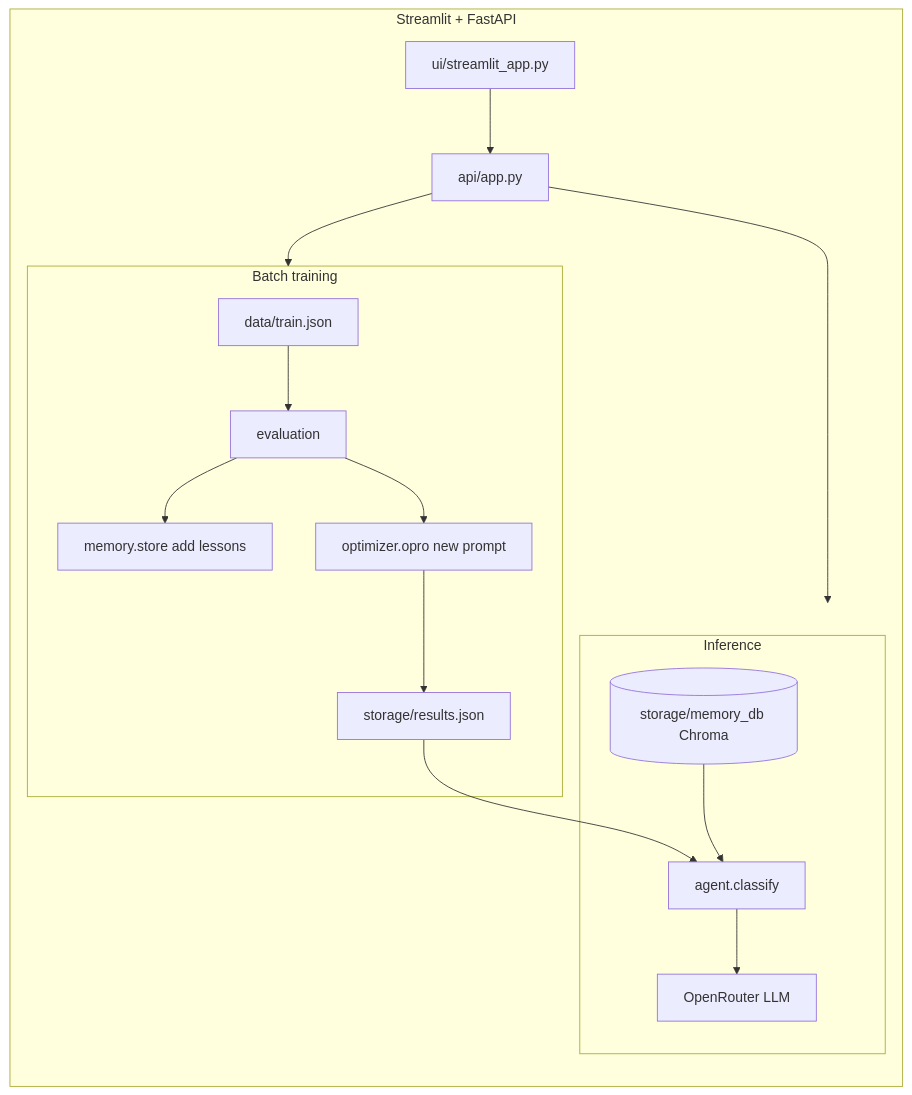
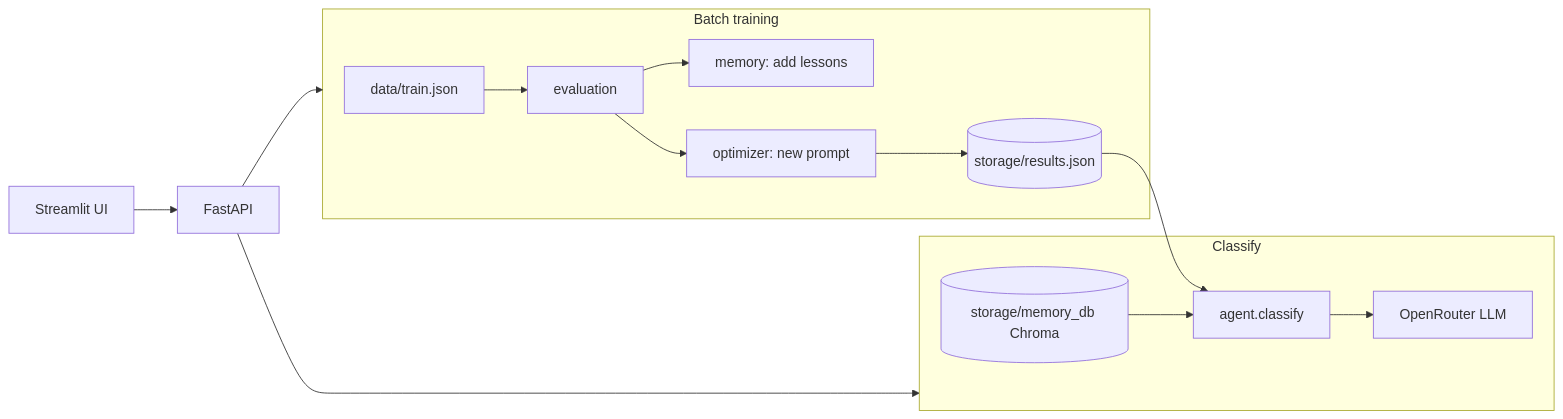
Before and after one commit to chathuri-gluonforce/self-improving-intent-agent: the diagram in README.md, drawn with Mermaid. The commit also changed other lines of this file, not shown here.

Commit message:
Restructure into src/intent_agent packages and rewrite README

````diff
--- a/README.md
+++ b/README.md
@@ -12,19 +28,17 @@
 ```mermaid
 flowchart LR
-  subgraph batch [Batch training]
-    T[data/train.json] --> E[evaluation]
-    E --> M[memory.store add lessons]
-    E --> O[optimizer.opro new prompt]
-    O --> R[storage/results.json]
+  subgraph training [Batch training]
+    TR[data/train.json] --> EV[evaluation]
+    EV --> MEM1[memory: add lessons]
+    EV --> OPRO[optimizer: new prompt]
+    OPRO --> RES[(storage/results.json)]
   end
-  subgraph runtime [Inference]
-    R --> C[agent.classify]
-    DB[(storage/memory_db Chroma)] --> C
-    C --> LLM[OpenRouter LLM]
+  subgraph inference [Classify]
+    RES --> CL[agent.classify]
+    DB[(storage/memory_db Chroma)] --> CL
+    CL --> LLM[OpenRouter LLM]
   end
-  subgraph ui [Streamlit + FastAPI]
-    APP[ui/streamlit_app.py] --> API[api/app.py]
-    API --> batch
-    API --> runtime
-  end
+  UI[Streamlit UI] --> API[FastAPI]
+  API --> training
+  API --> inference
 ```
````
